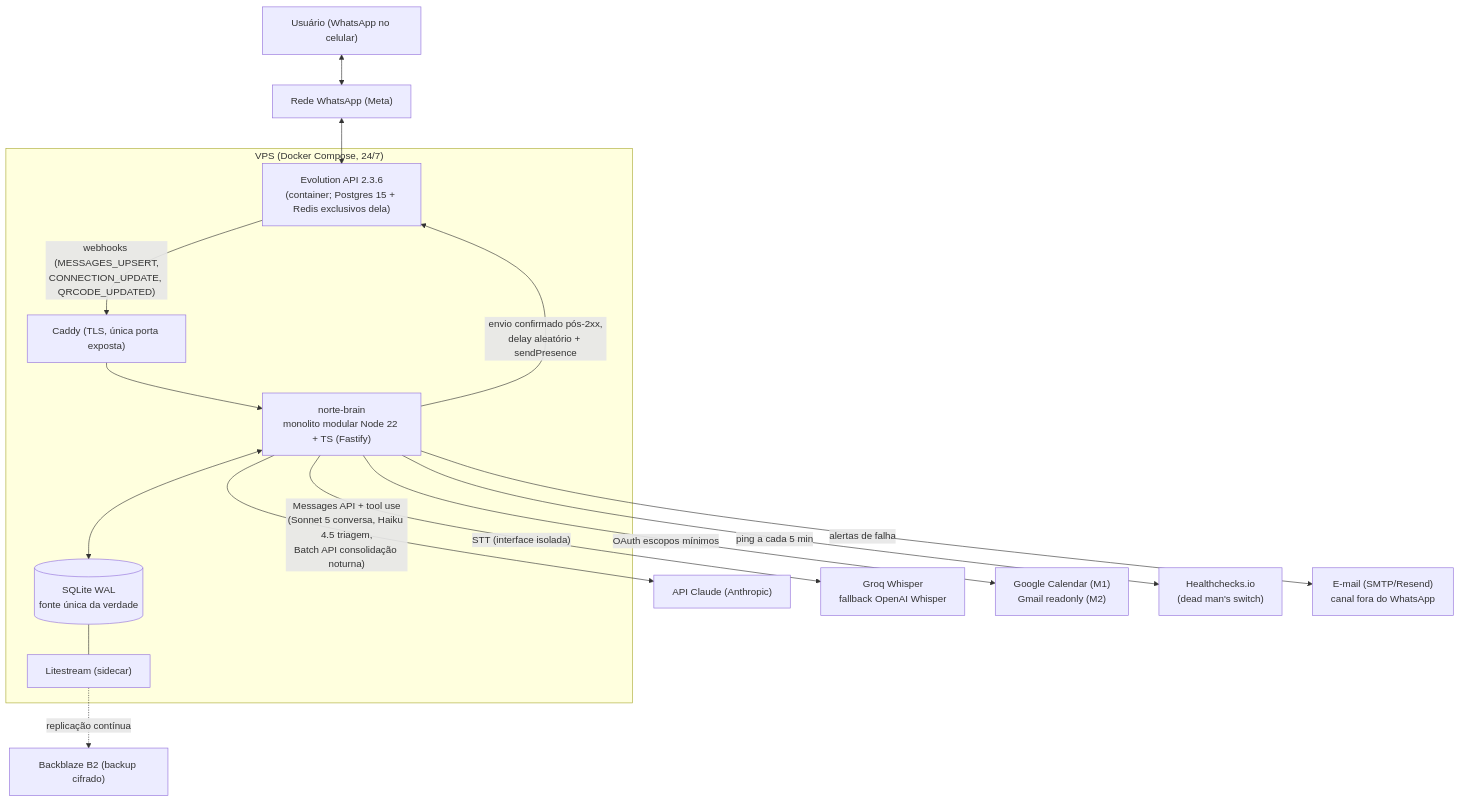
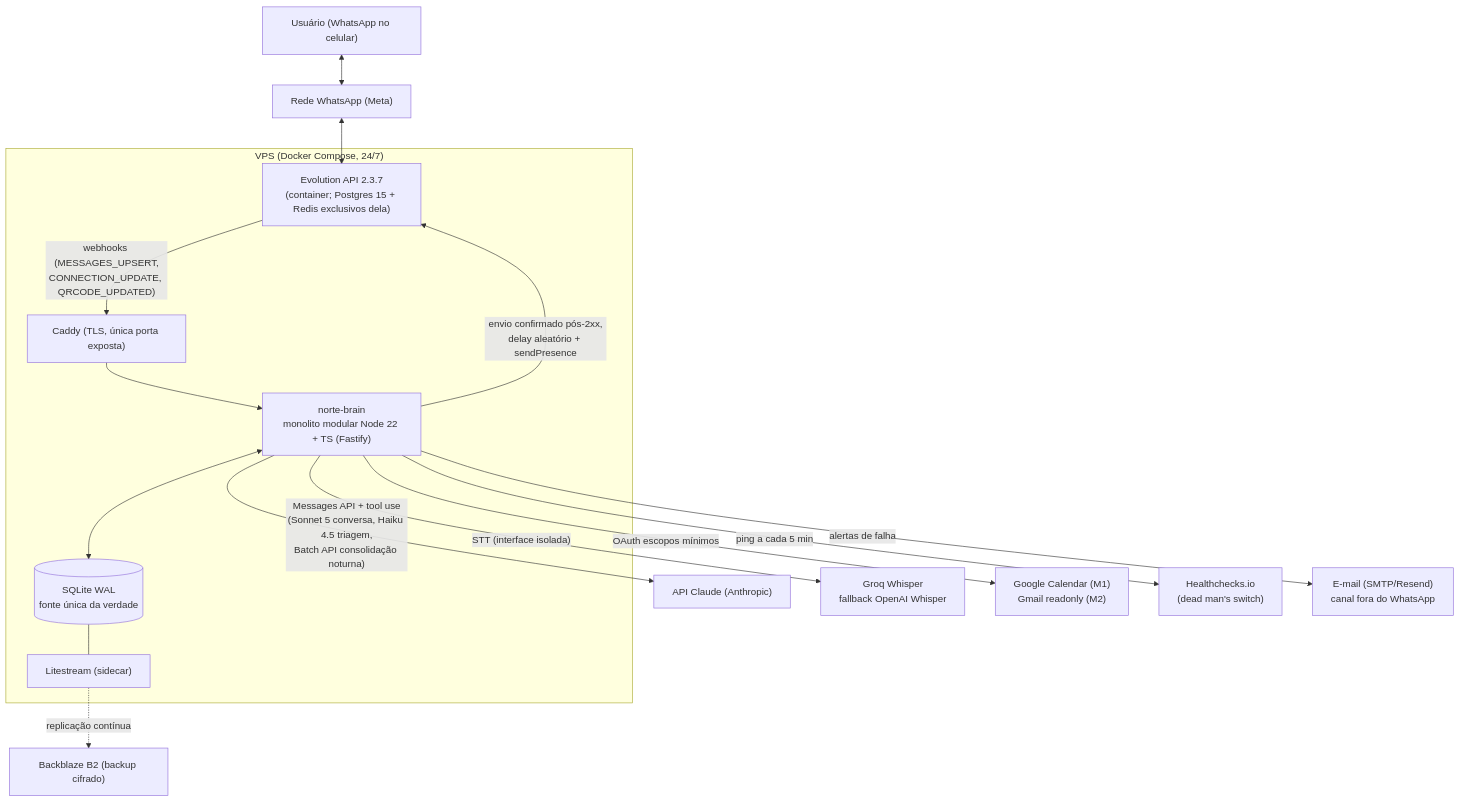
Before and after one commit to mitnick1987/Norte---Assistente-Pessoal: the first of 4 diagrams in docs/ARCHITECTURE.md, drawn with Mermaid. The commit also changed other lines of this file and 5 other files, not shown here.

````diff
--- a/docs/ARCHITECTURE.md
+++ b/docs/ARCHITECTURE.md
@@ -13,25 +13,25 @@
 ```mermaid
 flowchart TB
     U["Usuário (WhatsApp no celular)"] <--> META["Rede WhatsApp (Meta)"]
-    META <--> EVO["Evolution API 2.3.6<br/>(container; Postgres 15 + Redis exclusivos dela)"]
+    META <--> EVO["Evolution API 2.3.7<br/>(container; Postgres 15 + Redis exclusivos dela)"]
 
     subgraph VPS["VPS (Docker Compose, 24/7)"]
         CADDY["Caddy (TLS, única porta exposta)"]
         EVO
         BRAIN["norte-brain<br/>monolito modular Node 22 + TS (Fastify)"]
         DB[("SQLite WAL<br/>fonte única da verdade")]
         LS["Litestream (sidecar)"]
     end
 
     EVO -- "webhooks (MESSAGES_UPSERT,<br/>CONNECTION_UPDATE, QRCODE_UPDATED)" --> CADDY --> BRAIN
     BRAIN -- "envio confirmado pós-2xx,<br/>delay aleatório + sendPresence" --> EVO
     BRAIN <--> DB
     LS -. "replicação contínua" .-> B2["Backblaze B2 (backup cifrado)"]
     DB --- LS
 
     BRAIN -- "Messages API + tool use<br/>(Sonnet 5 conversa, Haiku 4.5 triagem,<br/>Batch API consolidação noturna)" --> CLAUDE["API Claude (Anthropic)"]
     BRAIN -- "STT (interface isolada)" --> STT["Groq Whisper<br/>fallback OpenAI Whisper"]
     BRAIN -- "OAuth escopos mínimos" --> GOOG["Google Calendar (M1)<br/>Gmail readonly (M2)"]
     BRAIN -- "ping a cada 5 min" --> HC["Healthchecks.io<br/>(dead man's switch)"]
     BRAIN -- "alertas de falha" --> MAIL["E-mail (SMTP/Resend)<br/>canal fora do WhatsApp"]
 ```
````
